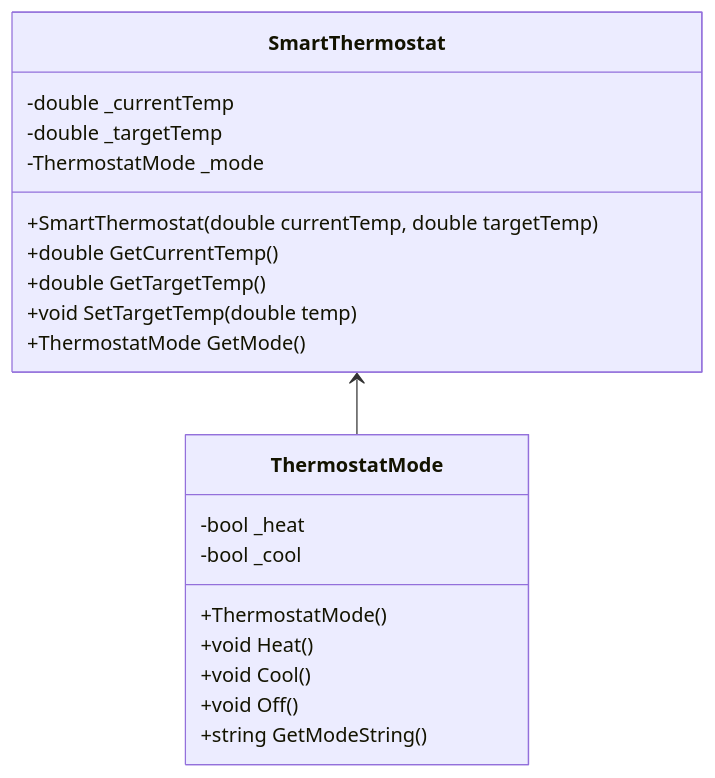
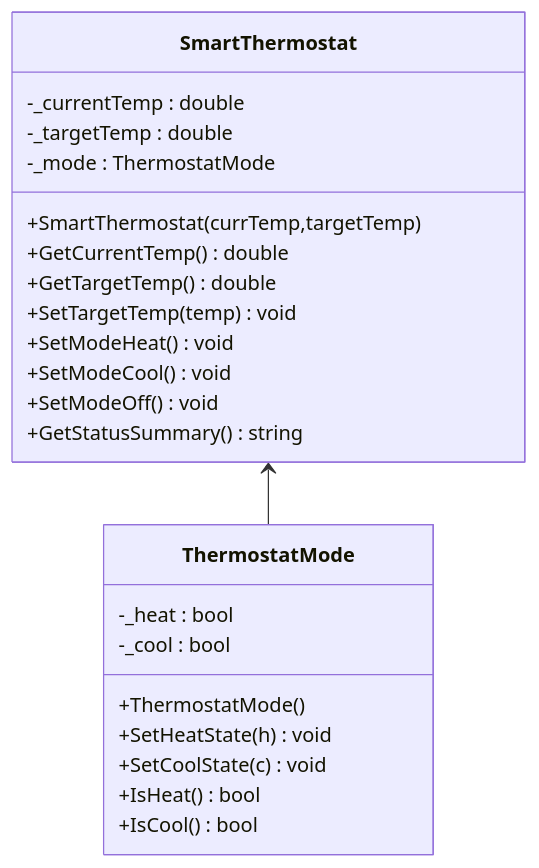
One commit to gibbonsc/quartzblog changed the fourth of 6 diagrams in content/AppEx-3.03-Smart-Thermostat.md. Above: the diagram before and after it, drawn with Mermaid. The commit also changed other lines of this file and 1 other file, not shown here.

Commit message:
smart thermostat exercise diagrams

````diff
--- a/content/AppEx-3.03-Smart-Thermostat.md
+++ b/content/AppEx-3.03-Smart-Thermostat.md
@@ -96,23 +103,26 @@
 ```mermaid
-classDiagram
+%%{init: {'classDiagram': {'textWrap': false}}}%%classDiagram
     class SmartThermostat {
-        -double _currentTemp
-        -double _targetTemp
-        -ThermostatMode _mode
-        +SmartThermostat(double currentTemp, double targetTemp)
-        +double GetCurrentTemp()
-        +double GetTargetTemp()
-        +void SetTargetTemp(double temp)
-        +ThermostatMode GetMode()
+        -_currentTemp : double
+        -_targetTemp : double
+        -_mode : ThermostatMode
+        +SmartThermostat(currTemp,targetTemp)
+        +GetCurrentTemp() double
+        +GetTargetTemp() double
+        +SetTargetTemp(temp) void
+        +SetModeHeat() void
+        +SetModeCool() void
+        +SetModeOff() void
+        +GetStatusSummary() string
     }
     class ThermostatMode {
-        -bool _heat
-        -bool _cool
+        -_heat : bool
+        -_cool : bool
         +ThermostatMode()
-        +void Heat()
-        +void Cool()
-        +void Off()
-        +string GetModeString()
+        +SetHeatState(h) void
+        +SetCoolState(c) void
+        +IsHeat() bool
+        +IsCool() bool
     }
     SmartThermostat <-- ThermostatMode
 ```
````
